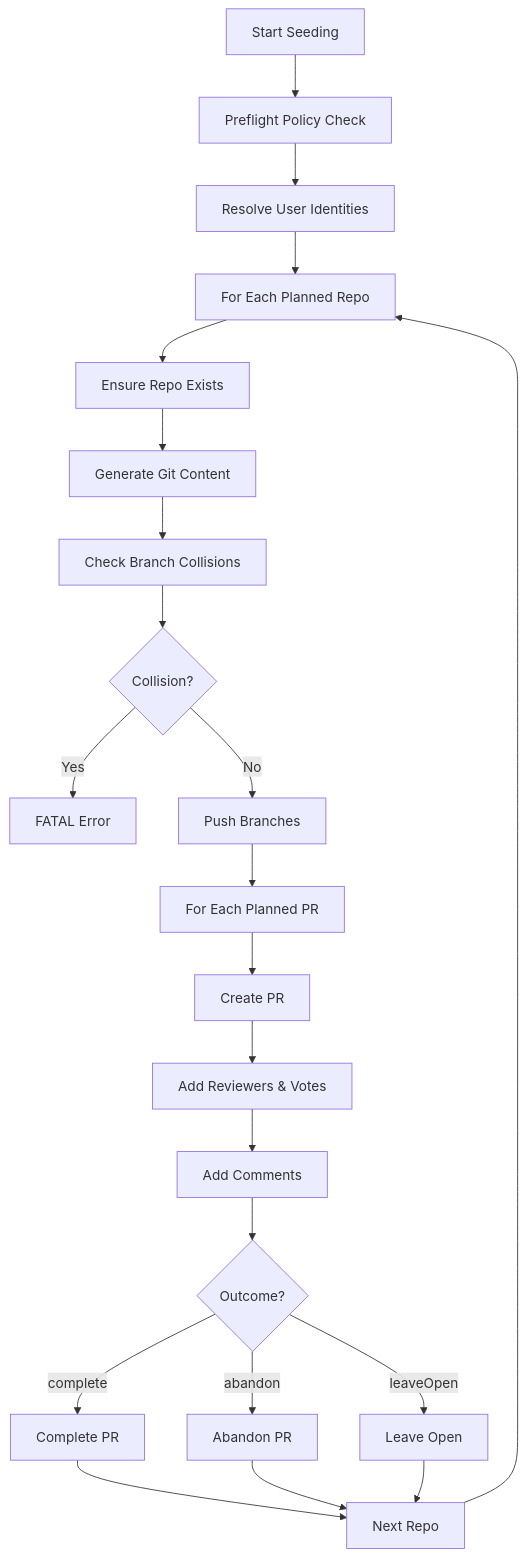
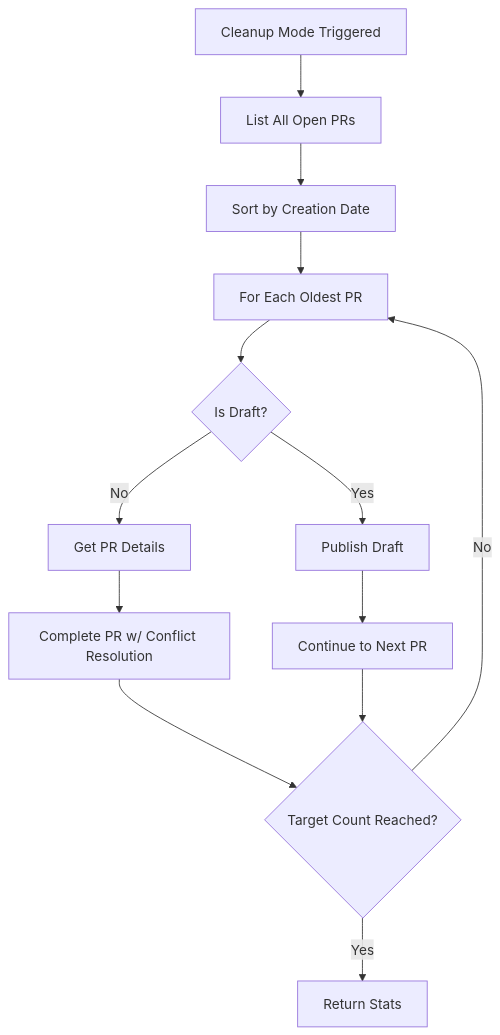
Before and after one commit to oddessentials/ado-git-repo-seeder: the sixth of 11 diagrams in docs/internal/MERMAID.md, drawn with Mermaid. The commit also changed other lines of this file and 1 other file, not shown here.

Commit message:
docs(architecture): expand MERMAID diagrams, add README link

````diff
--- a/docs/internal/MERMAID.md
+++ b/docs/internal/MERMAID.md
@@ -56,29 +171,18 @@
 ```mermaid
 flowchart TD
-    A[Start Seeding] --> B[Preflight Policy Check]
-    B --> C[Resolve User Identities]
-    C --> D[For Each Planned Repo]
+    A[Cleanup Mode Triggered] --> B[List All Open PRs]
+    B --> C[Sort by Creation Date]
+    C --> D[For Each Oldest PR]
     
-    D --> E[Ensure Repo Exists]
-    E --> F[Generate Git Content]
-    F --> G[Check Branch Collisions]
-    G --> H{Collision?}
+    D --> E{Is Draft?}
+    E -->|Yes| F[Publish Draft]
+    F --> G[Continue to Next PR]
     
-    H -->|Yes| I[FATAL Error]
-    H -->|No| J[Push Branches]
+    E -->|No| H[Get PR Details]
+    H --> I[Complete PR w/ Conflict Resolution]
+    I --> J{Target Count Reached?}
     
-    J --> K[For Each Planned PR]
-    K --> L[Create PR]
-    L --> M[Add Reviewers & Votes]
-    M --> N[Add Comments]
-    N --> O{Outcome?}
-    
-    O -->|complete| P[Complete PR]
-    O -->|abandon| Q[Abandon PR]
-    O -->|leaveOpen| R[Leave Open]
-    
-    P --> S[Next Repo]
-    Q --> S
-    R --> S
-    S --> D
+    J -->|No| D
+    J -->|Yes| K[Return Stats]
+    G --> J
 ```
````
